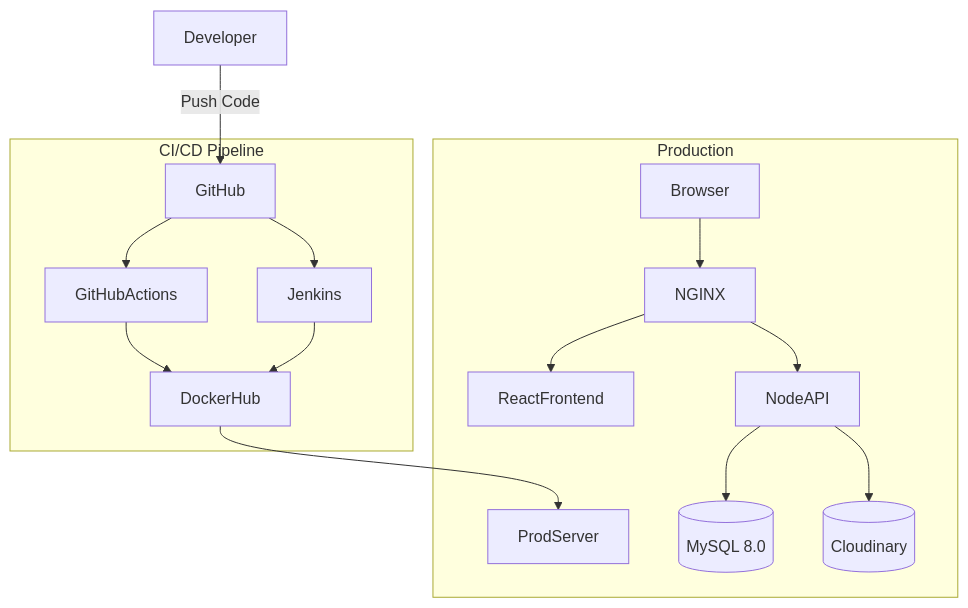
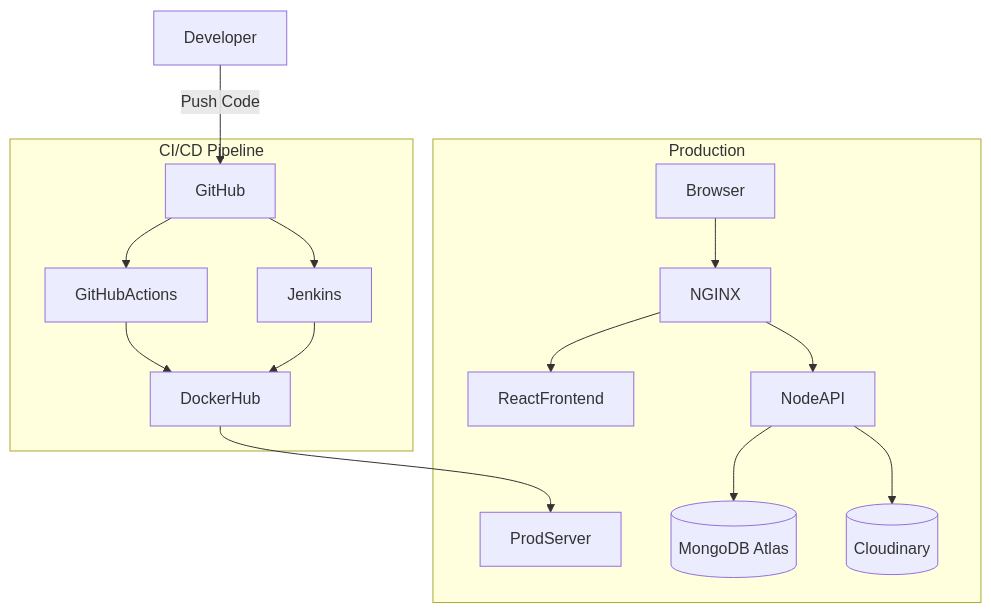
Before and after one commit to abhilashjha2004/EzyEduTube----FullStack-Devops: the diagram in README.md, drawn with Mermaid. The commit also changed other lines of this file and 31 other files, not shown here.

````diff
--- a/README.md
+++ b/README.md
@@ -38,20 +38,20 @@
 ```mermaid
 graph TD
     Developer --> |Push Code| GitHub
 
     subgraph CI/CD Pipeline
         GitHub --> GitHubActions
         GitHub --> Jenkins
         GitHubActions --> DockerHub
         Jenkins --> DockerHub
     end
 
     subgraph Production
         DockerHub --> ProdServer
         Browser --> NGINX
         NGINX --> ReactFrontend
         NGINX --> NodeAPI
-        NodeAPI --> MySQL[(MySQL 8.0)]
+        NodeAPI --> MongoDBAtlas[(MongoDB Atlas)]
         NodeAPI --> Cloudinary[(Cloudinary)]
     end
 ```
````
